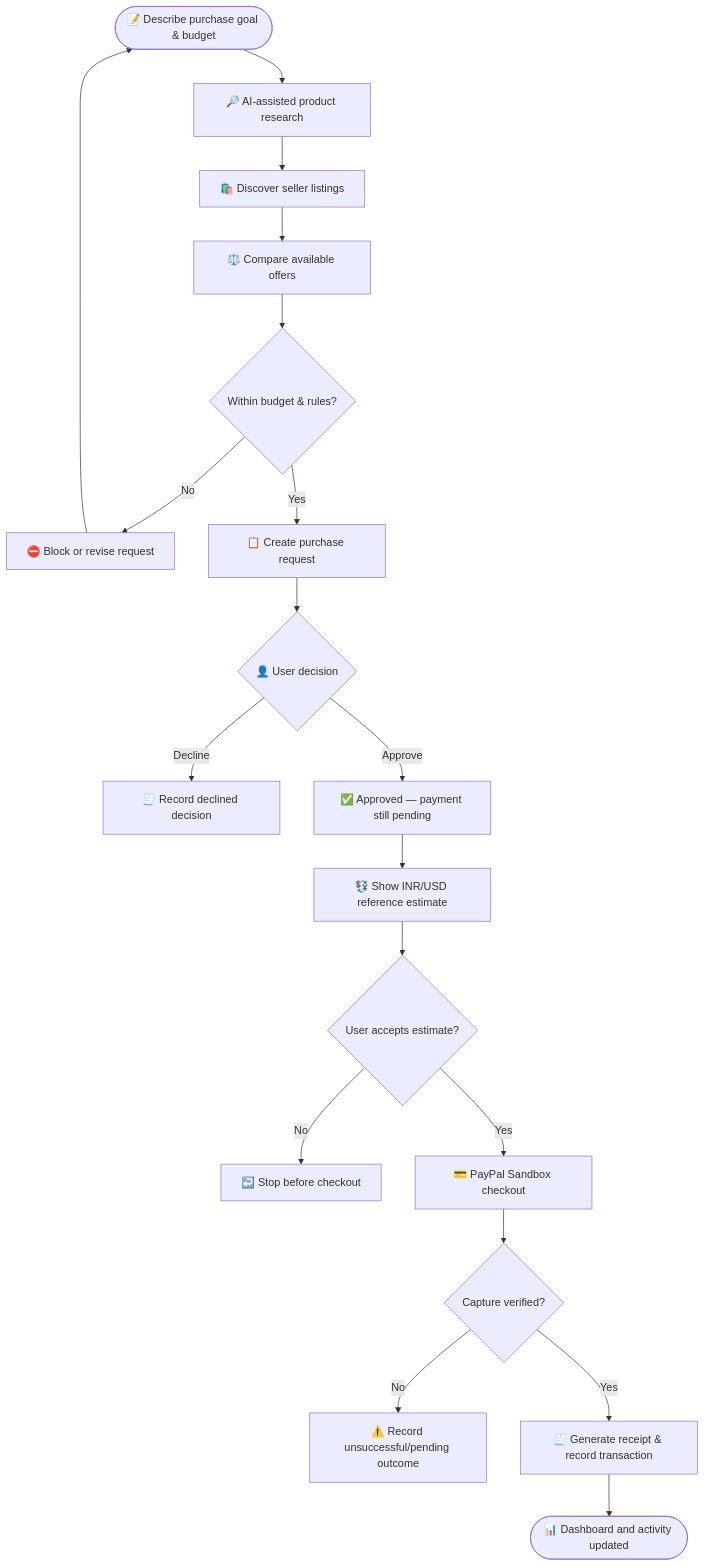
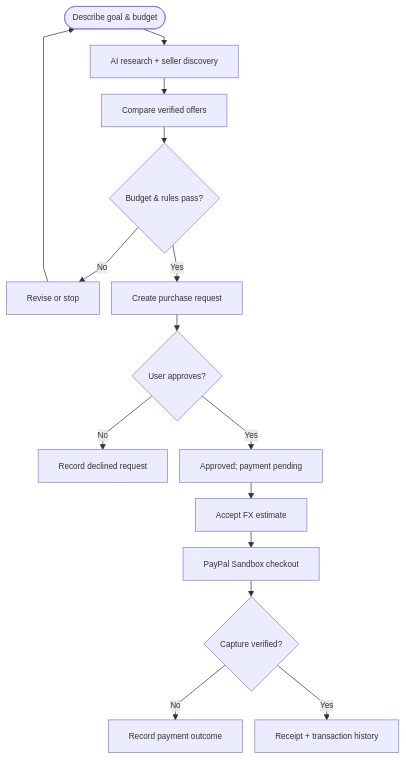
One commit to madupojumounika/paypilot changed the first of 3 diagrams in README.md. Above: the diagram before and after it, drawn with Mermaid. The commit also changed other lines of this file, not shown here.

Commit message:
docs: compact README architecture diagrams

````diff
--- a/README.md
+++ b/README.md
@@ -126,21 +126,18 @@
 ```mermaid
+%%{init: {"themeVariables": {"fontSize": "12px"}, "flowchart": {"nodeSpacing": 18, "rankSpacing": 24, "curve": "linear"}}}%%
 flowchart TD
-    A(["📝 Describe purchase goal & budget"]) --> B["🔎 AI-assisted product research"]
-    B --> C["🛍️ Discover seller listings"]
-    C --> D["⚖️ Compare available offers"]
-    D --> E{"Within budget & rules?"}
-    E -- No --> F["⛔ Block or revise request"]
-    F --> A
-    E -- Yes --> G["📋 Create purchase request"]
-    G --> H{"👤 User decision"}
-    H -- Decline --> I["🧾 Record declined decision"]
-    H -- Approve --> J["✅ Approved — payment still pending"]
-    J --> K["💱 Show INR/USD reference estimate"]
-    K --> L{"User accepts estimate?"}
-    L -- No --> M["↩️ Stop before checkout"]
-    L -- Yes --> N["💳 PayPal Sandbox checkout"]
-    N --> O{"Capture verified?"}
-    O -- No --> P["⚠️ Record unsuccessful/pending outcome"]
-    O -- Yes --> Q["🧾 Generate receipt & record transaction"]
-    Q --> R(["📊 Dashboard and activity updated"])
+    A(["Describe goal & budget"]) --> B["AI research + seller discovery"]
+    B --> C["Compare verified offers"]
+    C --> D{"Budget & rules pass?"}
+    D -- No --> E["Revise or stop"]
+    E --> A
+    D -- Yes --> F["Create purchase request"]
+    F --> G{"User approves?"}
+    G -- No --> H["Record declined request"]
+    G -- Yes --> I["Approved; payment pending"]
+    I --> J["Accept FX estimate"]
+    J --> K["PayPal Sandbox checkout"]
+    K --> L{"Capture verified?"}
+    L -- No --> M["Record payment outcome"]
+    L -- Yes --> N["Receipt + transaction history"]
 ```
````
